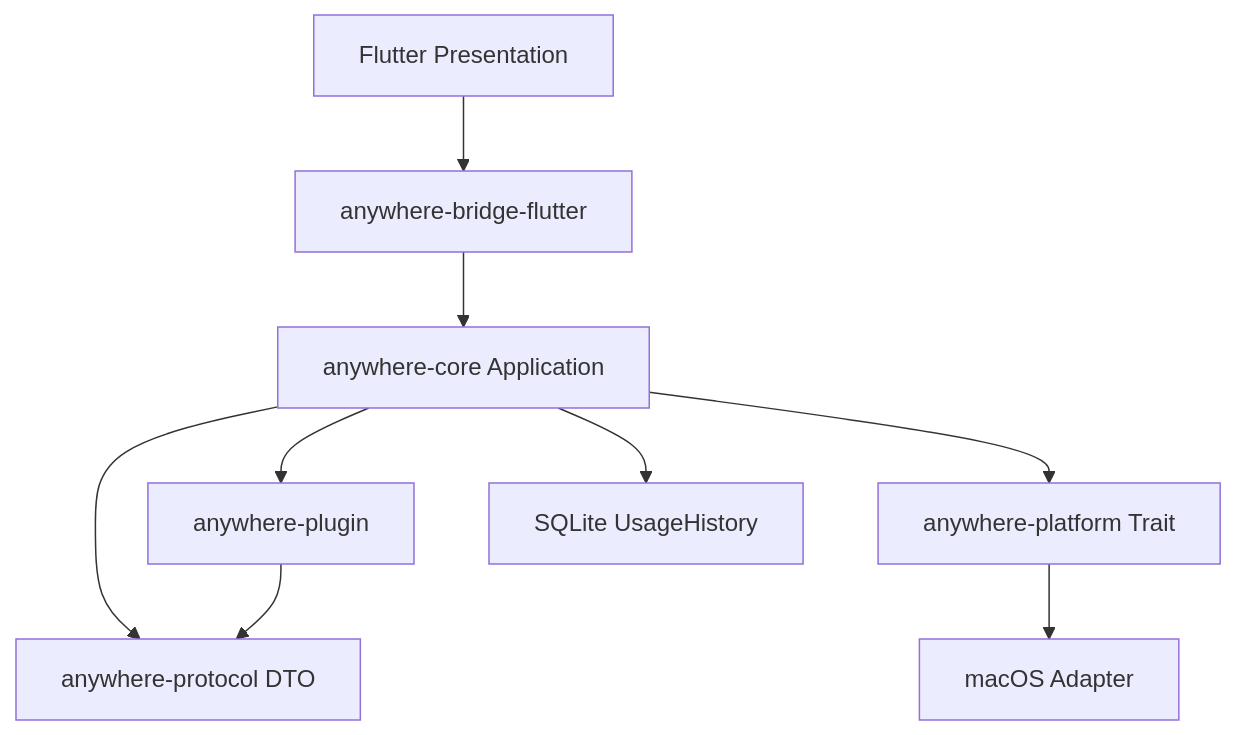
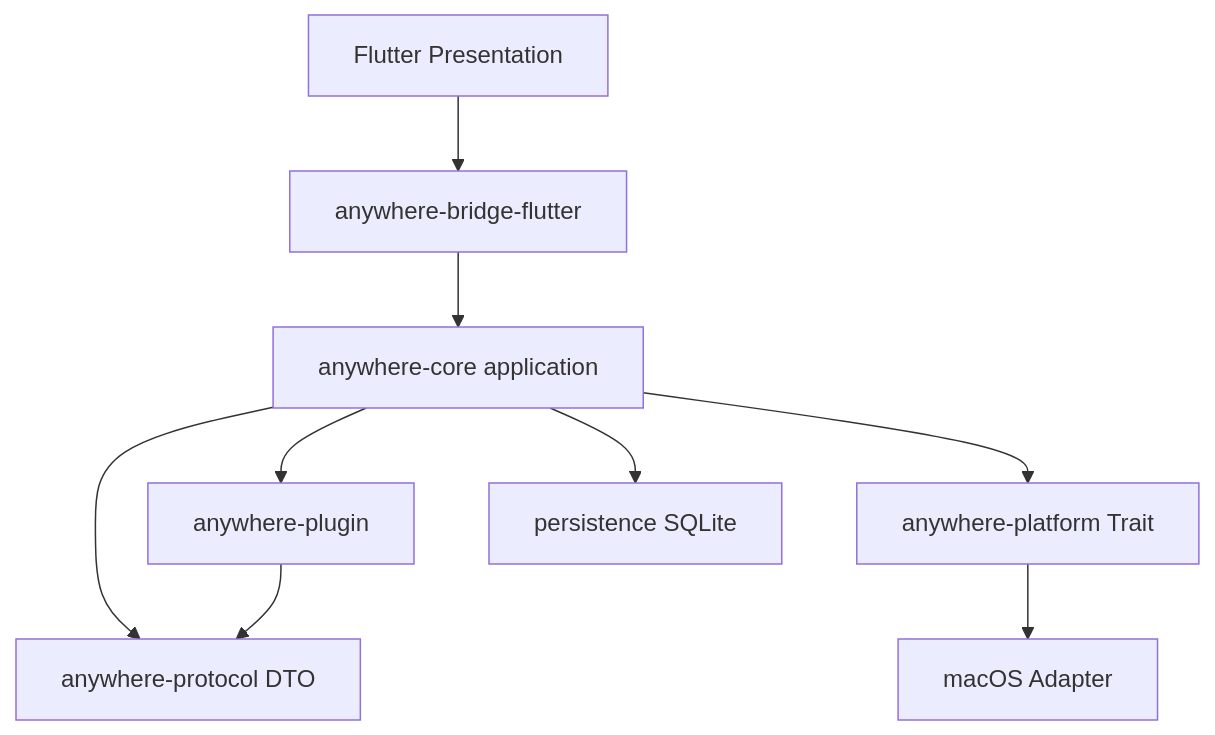
Before and after one commit to FantasyDream/Anywhere: the diagram in docs/architecture.md, drawn with Mermaid. The commit also changed other lines of this file and 8 other files, not shown here.

````diff
--- a/docs/architecture.md
+++ b/docs/architecture.md
@@ -3,11 +3,11 @@
 ```mermaid
 flowchart TD
   UI[Flutter Presentation] --> B[anywhere-bridge-flutter]
-  B --> C[anywhere-core Application]
+  B --> C[anywhere-core application]
   C --> P[anywhere-protocol DTO]
   C --> PL[anywhere-platform Trait]
   C --> PG[anywhere-plugin]
   PG --> P
   PL --> MAC[macOS Adapter]
-  C --> DB[SQLite UsageHistory]
+  C --> DB[persistence SQLite]
 ```
````
